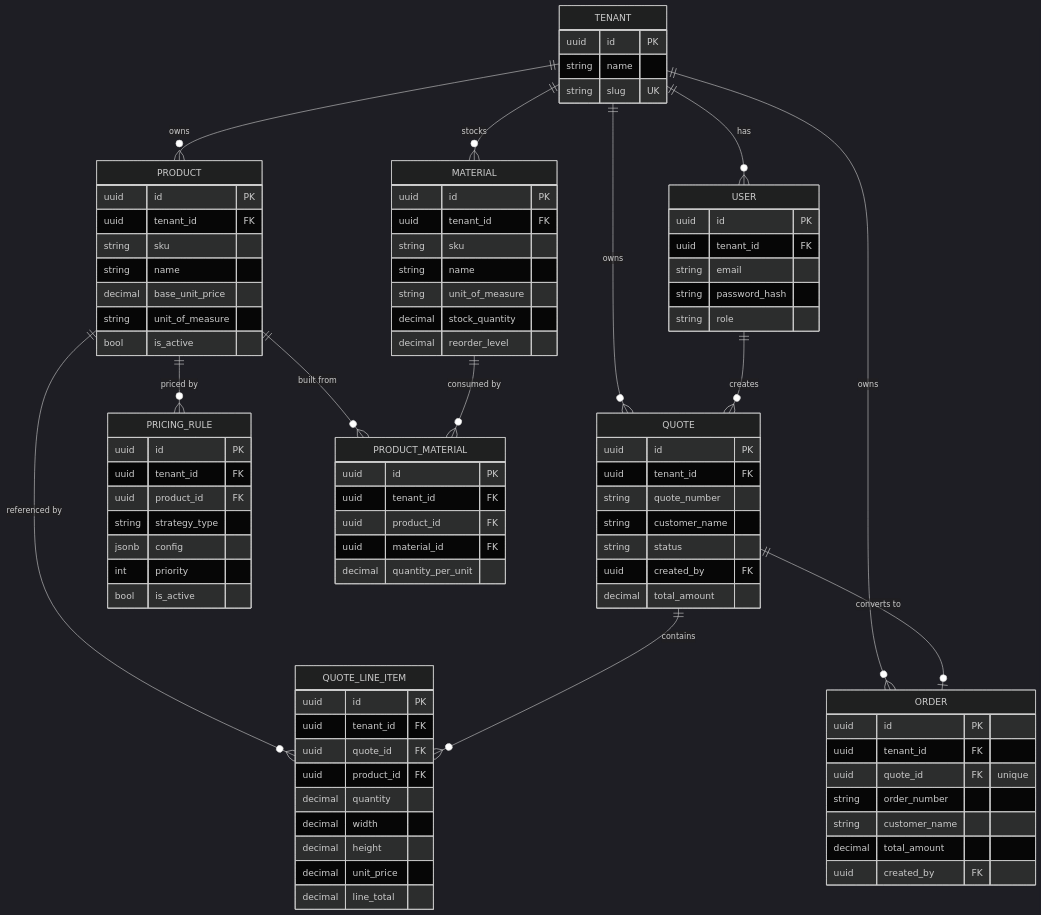
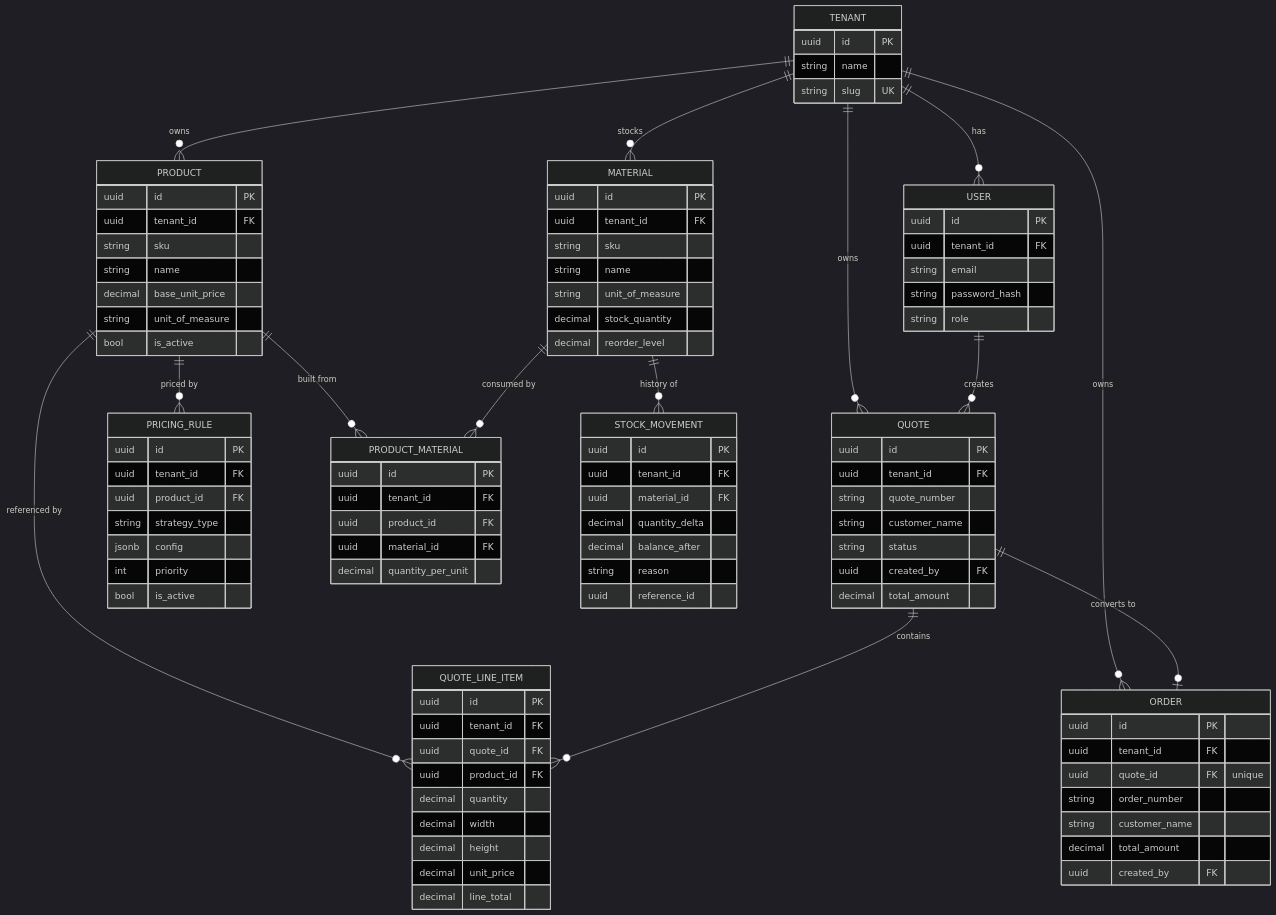
Before and after one commit to UygarGokcen/forgeflow: the diagram in README.md, drawn with Mermaid (dark theme). The commit also changed other lines of this file and 13 other files, not shown here.

Commit message:
Add stock movement ledger for auditable inventory

````diff
--- a/README.md
+++ b/README.md
@@ -189,6 +197,7 @@
     PRODUCT ||--o{ QUOTE_LINE_ITEM : "referenced by"
     PRODUCT ||--o{ PRODUCT_MATERIAL : "built from"
     MATERIAL ||--o{ PRODUCT_MATERIAL : "consumed by"
+    MATERIAL ||--o{ STOCK_MOVEMENT : "history of"
     QUOTE ||--o{ QUOTE_LINE_ITEM : contains
     QUOTE ||--o| ORDER : "converts to"
     USER ||--o{ QUOTE : creates
@@ -268,4 +277,13 @@
         uuid material_id FK
         decimal quantity_per_unit
     }
+    STOCK_MOVEMENT {
+        uuid id PK
+        uuid tenant_id FK
+        uuid material_id FK
+        decimal quantity_delta
+        decimal balance_after
+        string reason
+        uuid reference_id
+    }
 ```
````
